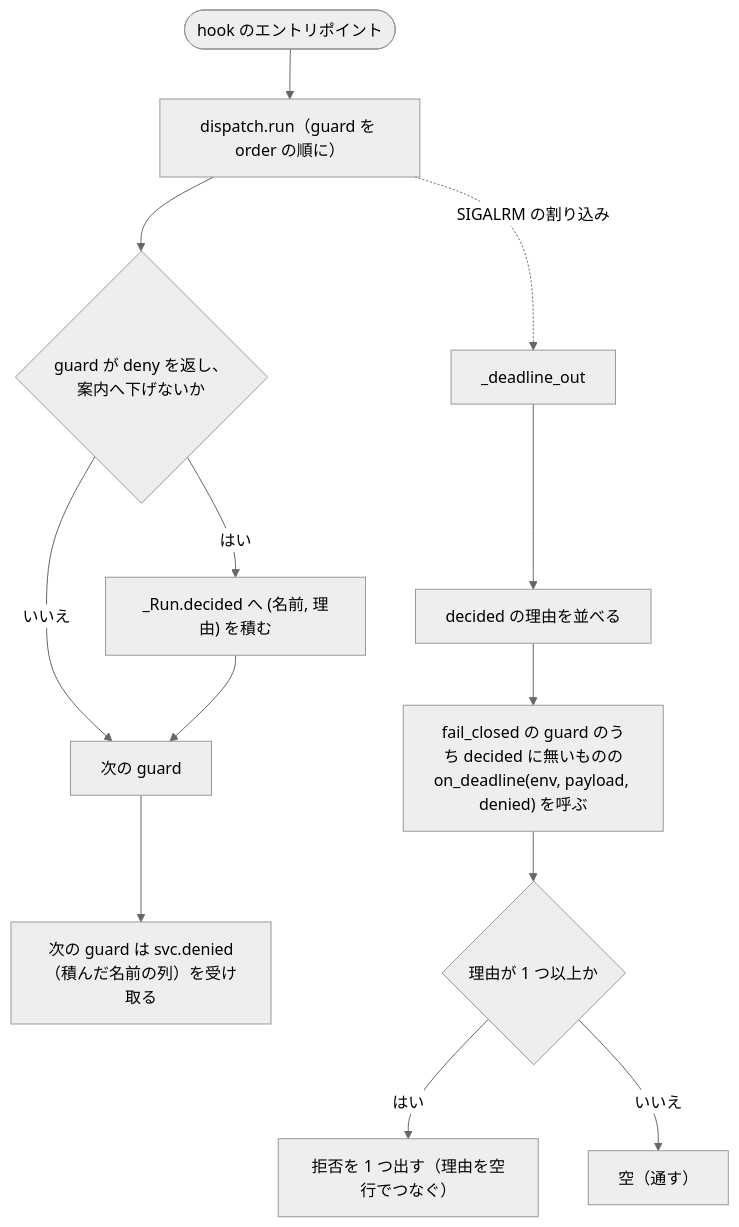
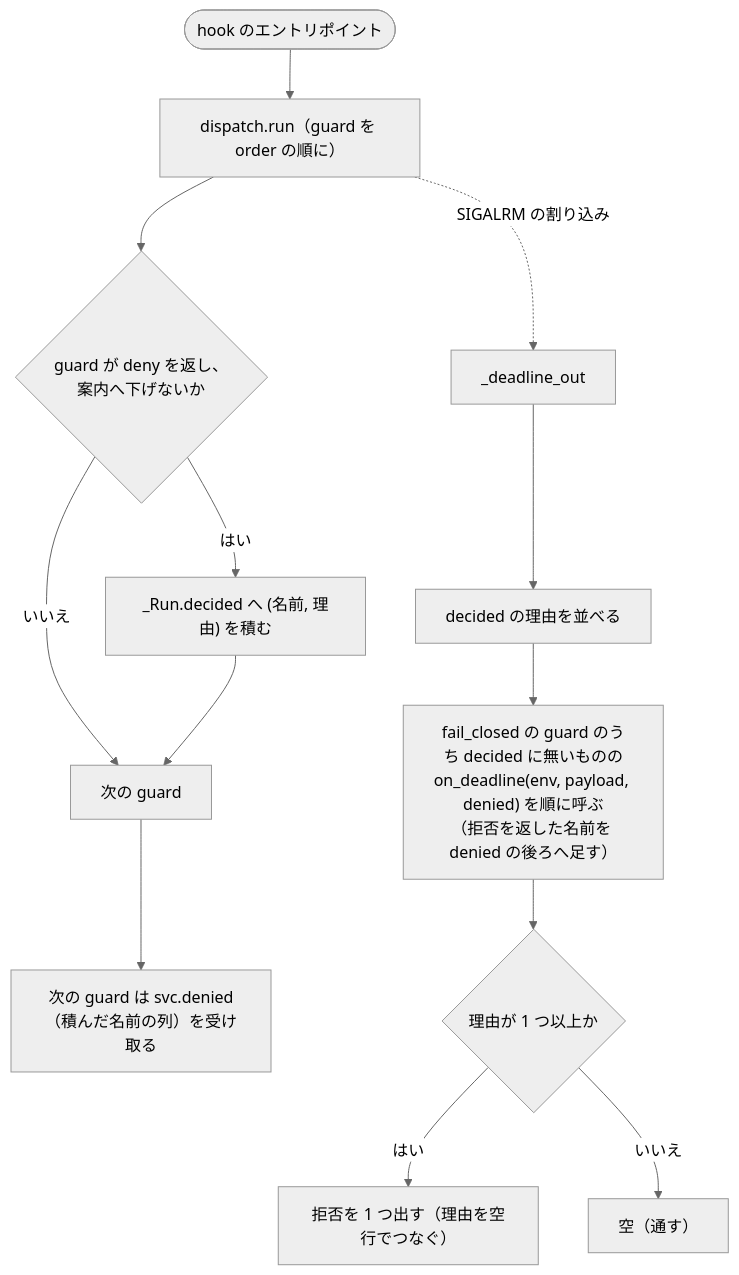
One commit to devbasex/ai-plugins changed the third of 4 diagrams in issues/issue-4061-4062-4064-design.md. Above: the diagram before and after it, drawn with Mermaid (neutral theme). The commit also changed other lines of this file and 1 other file, not shown here.

First line of the commit message:
Docs: #4064 の締め切りの経路でも、拒否を返した on_deadline の名前を後の on_deadline へ渡す

````diff
--- a/issues/issue-4061-4062-4064-design.md
+++ b/issues/issue-4061-4062-4064-design.md
@@ -116,15 +116,15 @@
 ```mermaid
 flowchart TB
   S([hook のエントリポイント]) --> G["dispatch.run（guard を order の順に）"]
   G --> C1{"guard が deny を返し、<br>案内へ下げないか"}
   C1 -- はい --> P["_Run.decided へ (名前, 理由) を積む"]
   C1 -- いいえ --> N["次の guard"]
   P --> N
   N --> G2["次の guard は svc.denied<br>（積んだ名前の列）を受け取る"]
   G -. "SIGALRM の割り込み" .-> DL["_deadline_out"]
   DL --> D1["decided の理由を並べる"]
-  D1 --> D2["fail_closed の guard のうち decided に無いものの<br>on_deadline(env, payload, denied) を呼ぶ"]
+  D1 --> D2["fail_closed の guard のうち decided に無いものの<br>on_deadline(env, payload, denied) を順に呼ぶ<br>（拒否を返した名前を denied の後ろへ足す）"]
   D2 --> O{"理由が 1 つ以上か"}
   O -- はい --> DENY["拒否を 1 つ出す（理由を空行でつなぐ）"]
   O -- いいえ --> PASS["空（通す）"]
 ```
````
